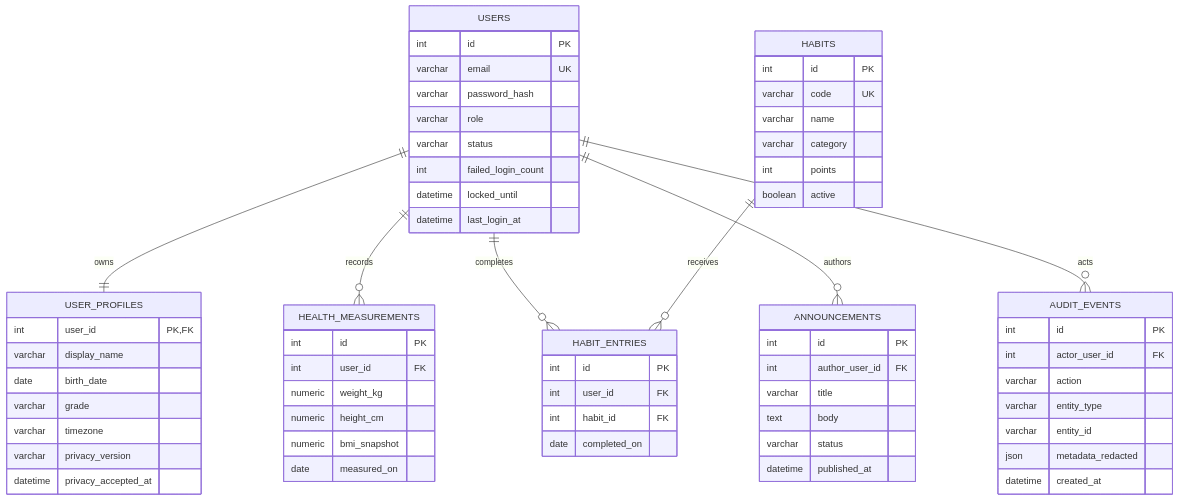
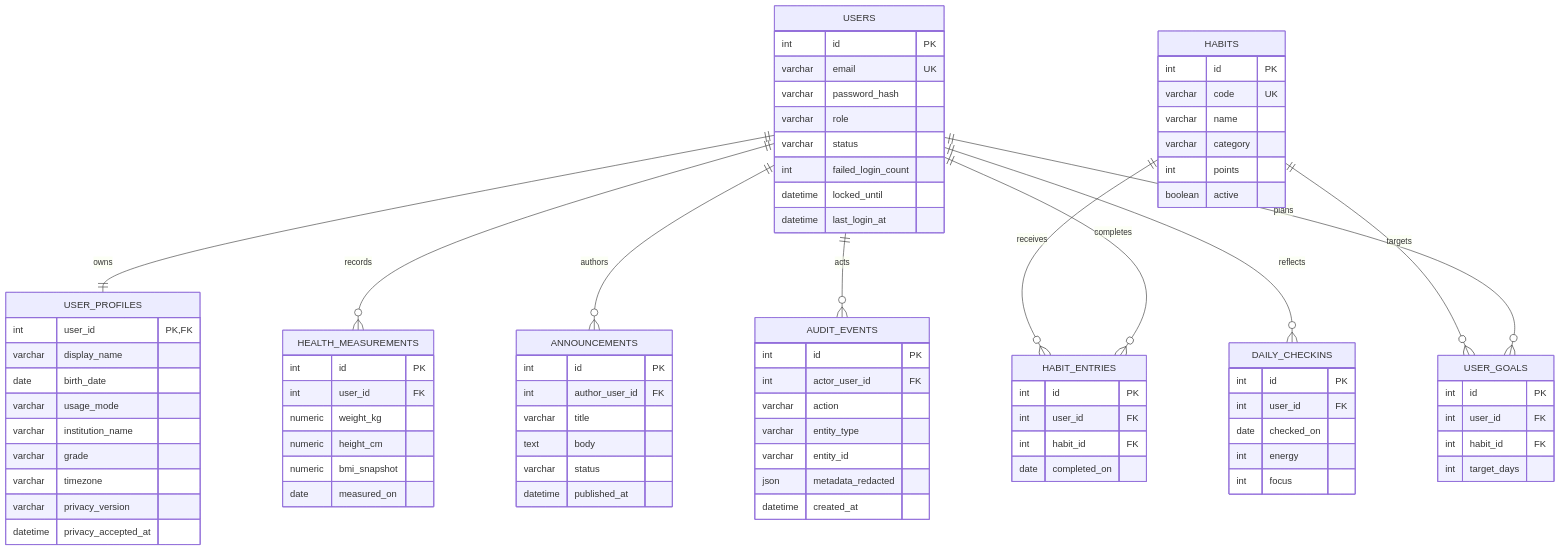
One commit to juandigira17111980/vitalilab-profesional changed the diagram in docs/03_MODELO_DE_DATOS_DBA.md. Above: the diagram before and after it, drawn with Mermaid. The commit also changed other lines of this file and 15 other files, not shown here.

````diff
--- a/docs/03_MODELO_DE_DATOS_DBA.md
+++ b/docs/03_MODELO_DE_DATOS_DBA.md
@@ -14,6 +14,9 @@
     HABITS ||--o{ HABIT_ENTRIES : receives
     USERS ||--o{ ANNOUNCEMENTS : authors
     USERS ||--o{ AUDIT_EVENTS : acts
+    USERS ||--o{ USER_GOALS : plans
+    HABITS ||--o{ USER_GOALS : targets
+    USERS ||--o{ DAILY_CHECKINS : reflects
 
     USERS {
         int id PK
@@ -29,6 +32,8 @@
         int user_id PK,FK
         varchar display_name
         date birth_date
+        varchar usage_mode
+        varchar institution_name
         varchar grade
         varchar timezone
         varchar privacy_version
@@ -73,4 +78,17 @@
         json metadata_redacted
         datetime created_at
     }
+    USER_GOALS {
+        int id PK
+        int user_id FK
+        int habit_id FK
+        int target_days
+    }
+    DAILY_CHECKINS {
+        int id PK
+        int user_id FK
+        date checked_on
+        int energy
+        int focus
+    }
 ```
````
